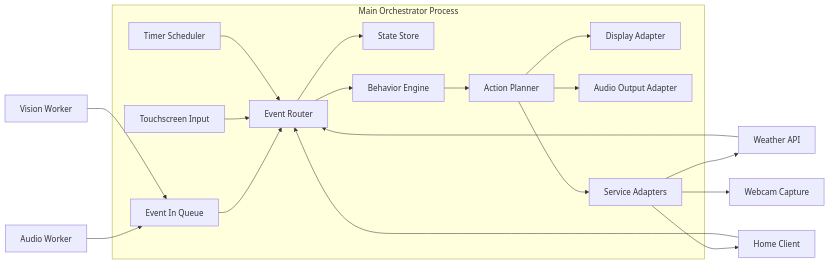
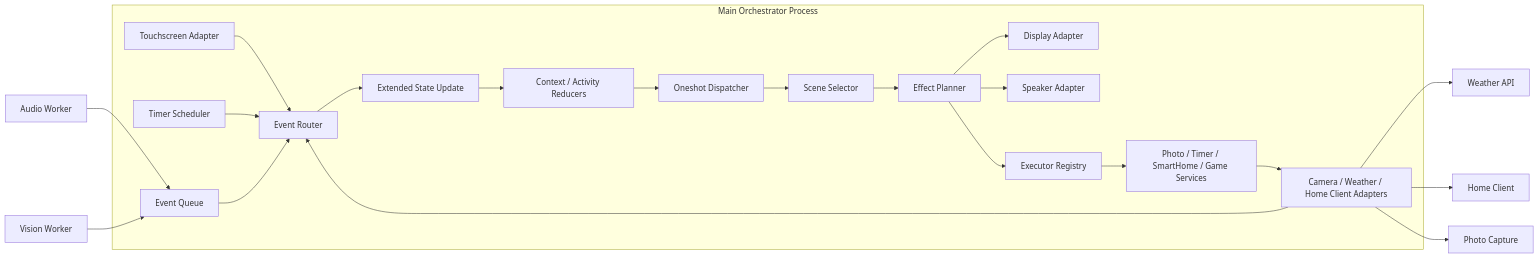
The diagram in docs/architecture.md (soyangBaek/RIO), drawn with Mermaid before and after one commit. The commit also changed other lines of this file and 2 other files, not shown here.

Commit message:
Align architecture docs and src layout

````diff
--- a/docs/architecture.md
+++ b/docs/architecture.md
@@ -17,23 +17,26 @@
 ```mermaid
 flowchart LR
-    A[Audio Worker] --> D[Event In Queue]
+    A[Audio Worker] --> D[Event Queue]
     B[Vision Worker] --> D
 
     subgraph Main[Main Orchestrator Process]
-        D --> E[Event Router]
-        C[Touchscreen Input] --> E
+        C[Touchscreen Adapter] --> E[Event Router]
         T[Timer Scheduler] --> E
-        E --> F[State Store]
-        E --> G[Behavior Engine]
-        G --> H[Action Planner]
-        H --> I[Display Adapter]
-        H --> J[Audio Output Adapter]
-        H --> K[Service Adapters]
+        D --> E
+        E --> F[Extended State Update]
+        F --> G[Context / Activity Reducers]
+        G --> H[Oneshot Dispatcher]
+        H --> I[Scene Selector]
+        I --> J[Effect Planner]
+        J --> K[Display Adapter]
+        J --> L[Speaker Adapter]
+        J --> M[Executor Registry]
+        M --> N[Photo / Timer / SmartHome / Game Services]
+        N --> O[Camera / Weather / Home Client Adapters]
     end
 
-    K --> L[Weather API]
-    K --> M[Home Client]
-    K --> N[Webcam Capture]
-    L --> E
-    M --> E
+    O --> P[Weather API]
+    O --> Q[Home Client]
+    O --> R[Photo Capture]
+    O --> E
 ```
````
